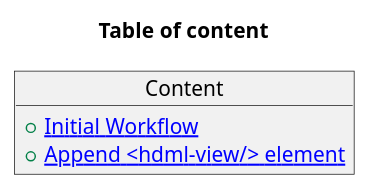
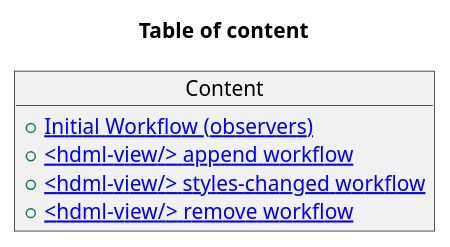
Before and after one commit to hdml-github/hdml: the first of 5 diagrams in uml/puml/charts.puml, drawn with PlantUML. The commit also changed other lines of this file and 9 other files, not shown here.

Commit message:
<hdml-view/> done

```diff
--- a/uml/puml/charts.puml
+++ b/uml/puml/charts.puml
@@ -1,8 +1,10 @@
 @startuml index
   title Table of content
 
   object Content {
-    +[[./init_workflow.svg Initial Workflow]]
-    +[[./append_hdml_view.svg Append <hdml-view/> element]]
+    +[[./init_workflow.svg Initial Workflow (observers)]]
+    +[[./hdml_view_append.svg <hdml-view/> append workflow]]
+    +[[./hdml_view_styles_changed.svg <hdml-view/> styles-changed workflow]]
+    +[[./hdml_view_remove.svg <hdml-view/> remove workflow]]
   }
 @enduml
```
